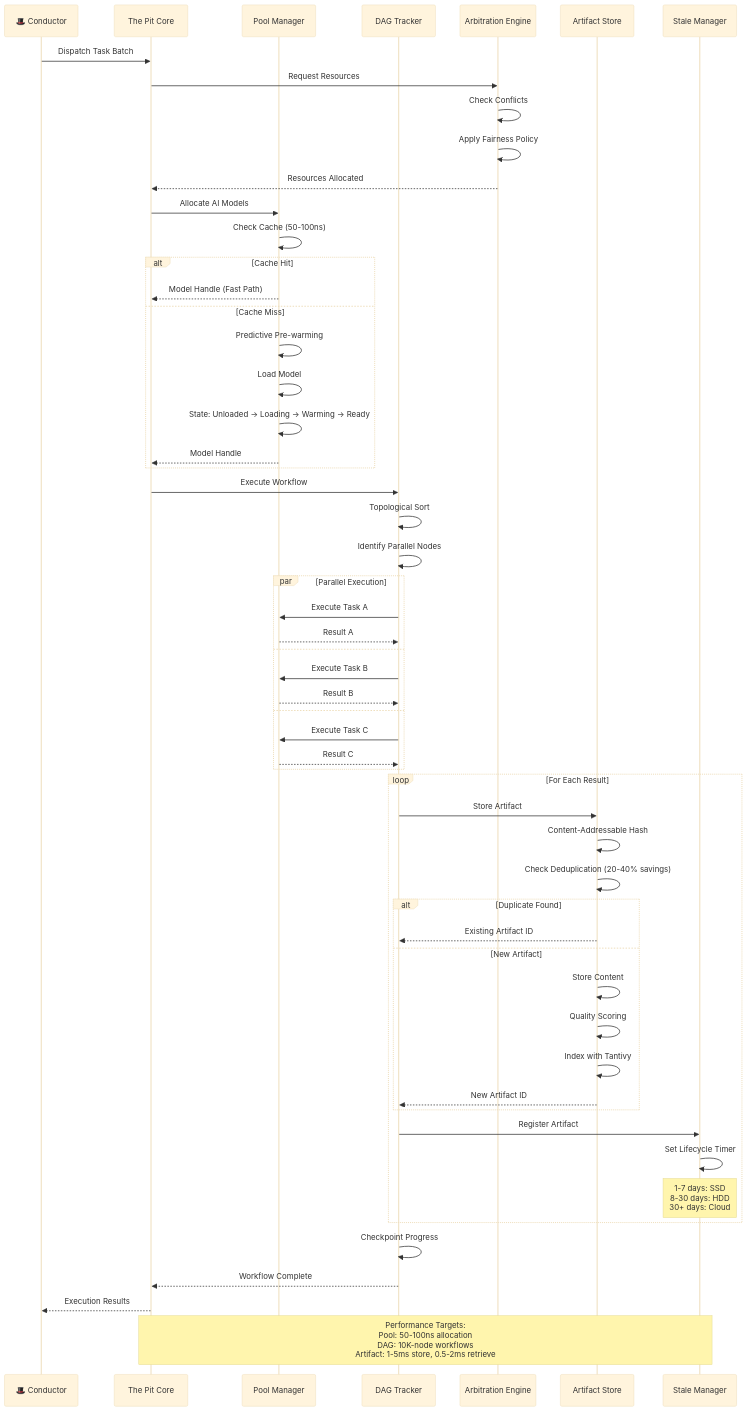
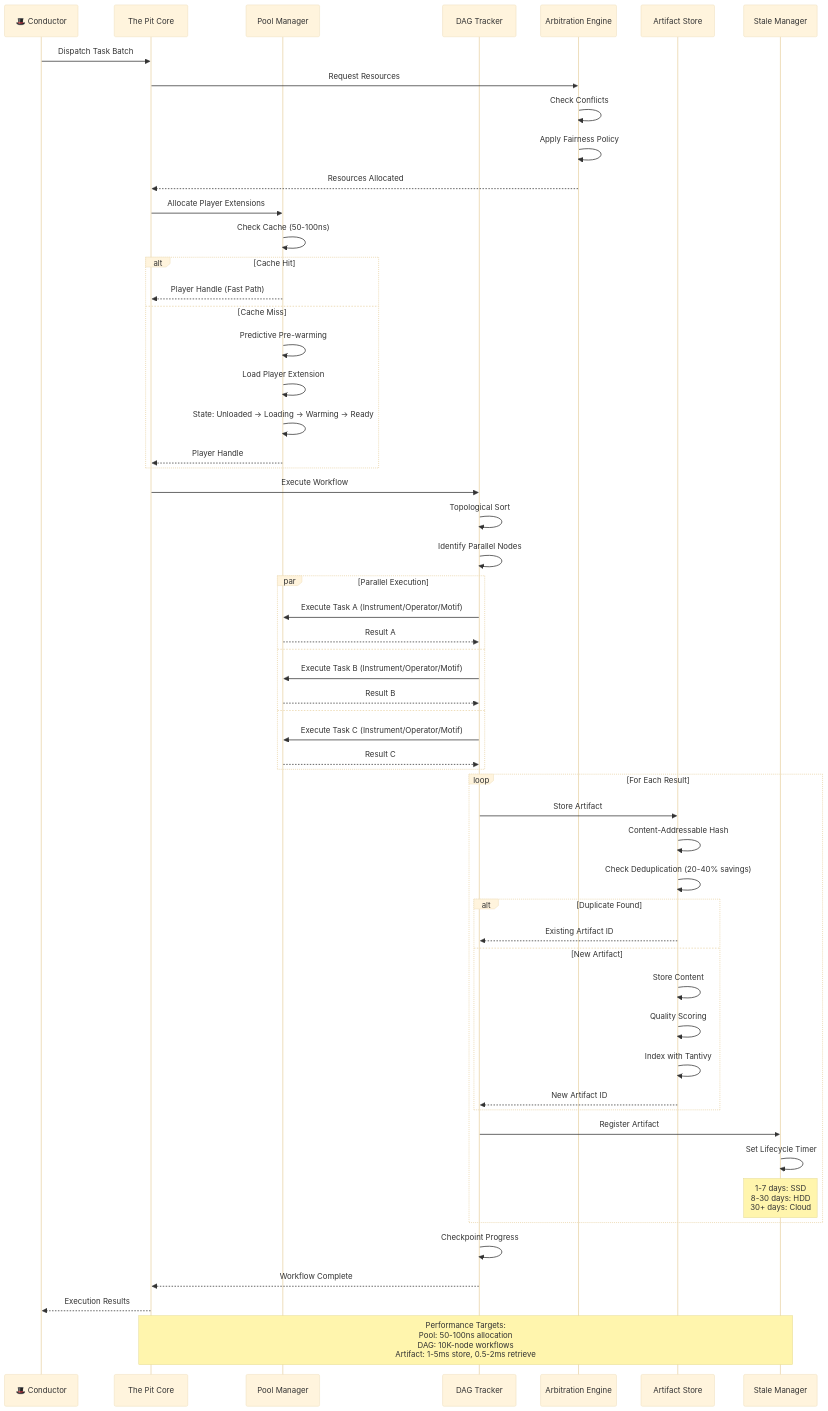
Before and after one commit to Symphony-aide/Symphony: the seventh of 9 diagrams in SEQUENCE_DIAGRAM.md, drawn with Mermaid (base theme). The commit also changed other lines of this file and 1 other file, not shown here.

Commit message:
good for class and sequence diagram

````diff
--- a/SEQUENCE_DIAGRAM.md
+++ b/SEQUENCE_DIAGRAM.md
@@ -677,68 +683,68 @@
 ```mermaid
 sequenceDiagram
     participant Conductor as 🎩 Conductor
     participant Pit as The Pit Core
     participant PoolMgr as Pool Manager
     participant DAG as DAG Tracker
     participant Arbitration as Arbitration Engine
     participant Artifact as Artifact Store
     participant Stale as Stale Manager
     
     Conductor->>Pit: Dispatch Task Batch
     Pit->>Arbitration: Request Resources
     Arbitration->>Arbitration: Check Conflicts
     Arbitration->>Arbitration: Apply Fairness Policy
     Arbitration-->>Pit: Resources Allocated
     
-    Pit->>PoolMgr: Allocate AI Models
+    Pit->>PoolMgr: Allocate Player Extensions
     PoolMgr->>PoolMgr: Check Cache (50-100ns)
     
     alt Cache Hit
-        PoolMgr-->>Pit: Model Handle (Fast Path)
+        PoolMgr-->>Pit: Player Handle (Fast Path)
     else Cache Miss
         PoolMgr->>PoolMgr: Predictive Pre-warming
-        PoolMgr->>PoolMgr: Load Model
+        PoolMgr->>PoolMgr: Load Player Extension
         PoolMgr->>PoolMgr: State: Unloaded → Loading → Warming → Ready
-        PoolMgr-->>Pit: Model Handle
+        PoolMgr-->>Pit: Player Handle
     end
     
     Pit->>DAG: Execute Workflow
     DAG->>DAG: Topological Sort
     DAG->>DAG: Identify Parallel Nodes
     
     par Parallel Execution
-        DAG->>PoolMgr: Execute Task A
+        DAG->>PoolMgr: Execute Task A (Instrument/Operator/Motif)
         PoolMgr-->>DAG: Result A
     and
-        DAG->>PoolMgr: Execute Task B
+        DAG->>PoolMgr: Execute Task B (Instrument/Operator/Motif)
         PoolMgr-->>DAG: Result B
     and
-        DAG->>PoolMgr: Execute Task C
+        DAG->>PoolMgr: Execute Task C (Instrument/Operator/Motif)
         PoolMgr-->>DAG: Result C
     end
     
     loop For Each Result
         DAG->>Artifact: Store Artifact
         Artifact->>Artifact: Content-Addressable Hash
         Artifact->>Artifact: Check Deduplication (20-40% savings)
         
         alt Duplicate Found
             Artifact-->>DAG: Existing Artifact ID
         else New Artifact
             Artifact->>Artifact: Store Content
             Artifact->>Artifact: Quality Scoring
             Artifact->>Artifact: Index with Tantivy
             Artifact-->>DAG: New Artifact ID
         end
         
         DAG->>Stale: Register Artifact
         Stale->>Stale: Set Lifecycle Timer
         Note over Stale: 1-7 days: SSD<br/>8-30 days: HDD<br/>30+ days: Cloud
     end
     
     DAG->>DAG: Checkpoint Progress
     DAG-->>Pit: Workflow Complete
     Pit-->>Conductor: Execution Results
     
     Note over Pit,Stale: Performance Targets:<br/>Pool: 50-100ns allocation<br/>DAG: 10K-node workflows<br/>Artifact: 1-5ms store, 0.5-2ms retrieve
 ```
````
